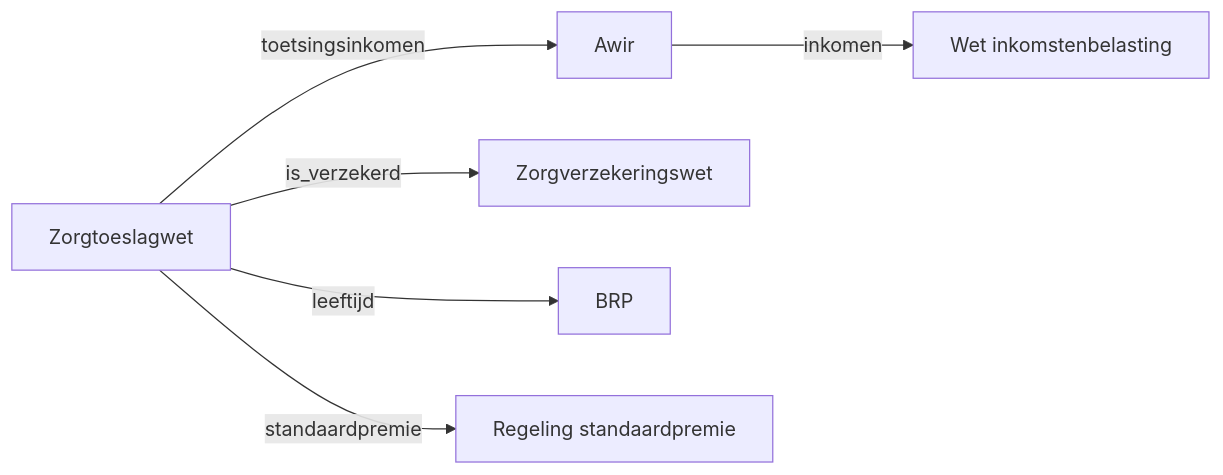
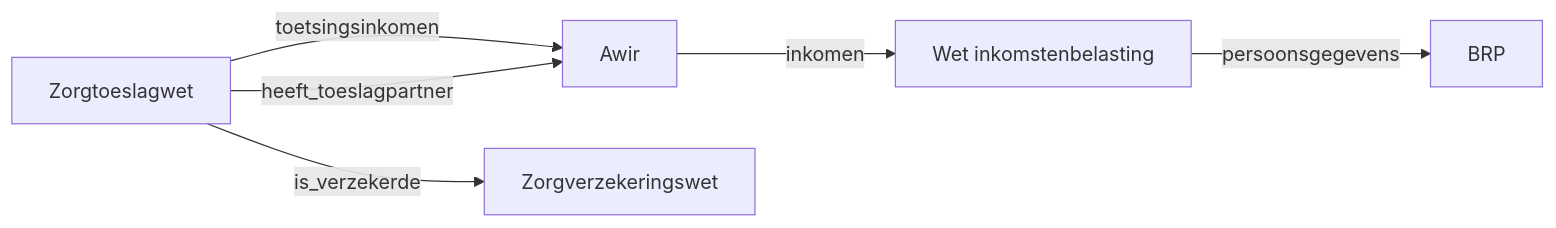
The diagram in docs/src/content/docs/concepts/cross-law-references.md (MinBZK/regelrecht), drawn with Mermaid before and after one commit. The commit also changed 3 other files, not shown here.

````diff
--- a/docs/src/content/docs/concepts/cross-law-references.md
+++ b/docs/src/content/docs/concepts/cross-law-references.md
@@ -31,8 +31,8 @@
 ```mermaid
 flowchart LR
     ZT[Zorgtoeslagwet] -->|toetsingsinkomen| Awir
-    ZT -->|is_verzekerd| ZVW[Zorgverzekeringswet]
-    ZT -->|leeftijd| BRP[BRP]
-    ZT -->|standaardpremie| RSP[Regeling standaardpremie]
+    ZT -->|heeft_toeslagpartner| Awir
+    ZT -->|is_verzekerde| ZVW[Zorgverzekeringswet]
     Awir -->|inkomen| WIB[Wet inkomstenbelasting]
+    WIB -->|persoonsgegevens| BRP[BRP]
 ```
````
